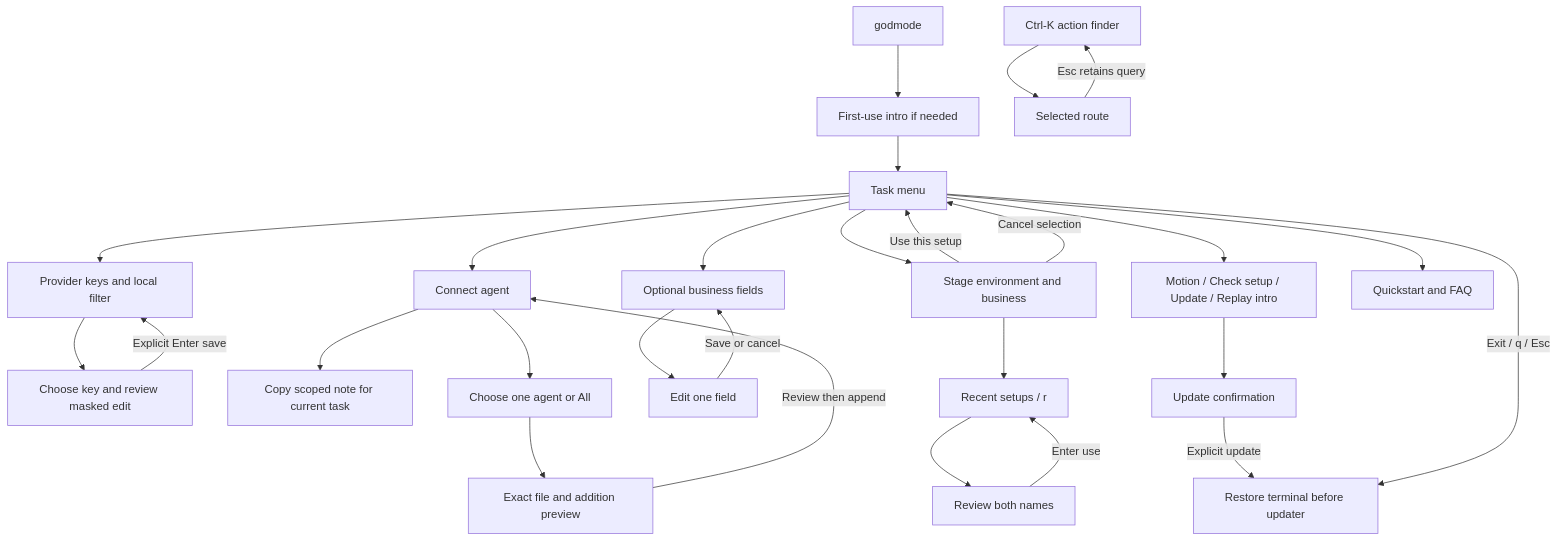
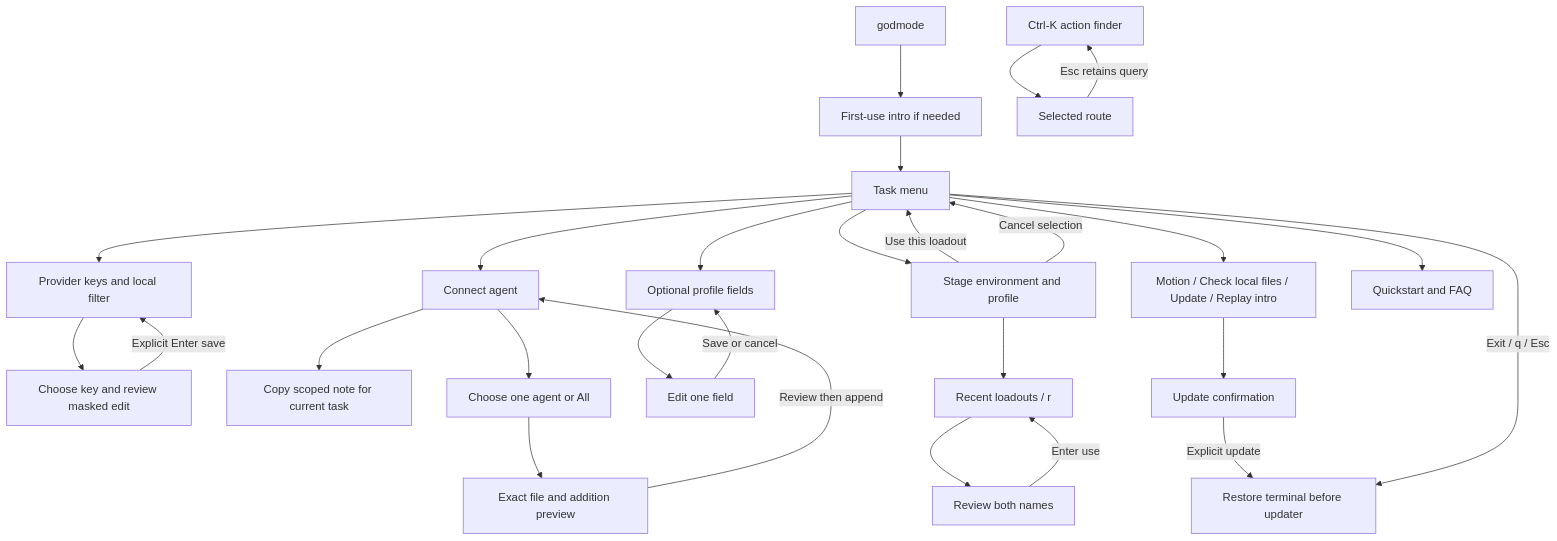
Before and after one commit to lofimichael/godmode-cli: the second of 2 diagrams in docs/dev/CLI_EXPERIENCE.md, drawn with Mermaid. The commit also changed other lines of this file and 53 other files, not shown here.

````diff
--- a/docs/dev/CLI_EXPERIENCE.md
+++ b/docs/dev/CLI_EXPERIENCE.md
@@ -36,29 +34,29 @@
 ```mermaid
 flowchart TD
     Entry[godmode] --> Welcome[First-use intro if needed]
     Welcome --> Home[Task menu]
     Home --> Providers[Provider keys and local filter]
     Providers --> Input[Choose key and review masked edit]
     Input -->|Explicit Enter save| Providers
     Home --> Connect[Connect agent]
     Connect --> Copy[Copy scoped note for current task]
     Connect --> Target[Choose one agent or All]
     Target --> Diff[Exact file and addition preview]
     Diff -->|Review then append| Connect
-    Home --> Profile[Optional business fields]
+    Home --> Profile[Optional profile fields]
     Profile --> Field[Edit one field]
     Field -->|Save or cancel| Profile
-    Home --> Switch[Stage environment and business]
-    Switch -->|Use this setup| Home
+    Home --> Switch[Stage environment and profile]
+    Switch -->|Use this loadout| Home
     Switch -->|Cancel selection| Home
-    Switch --> Recent[Recent setups / r]
+    Switch --> Recent[Recent loadouts / r]
     Recent --> Pair[Review both names]
     Pair -->|Enter use| Recent
-    Home --> Settings[Motion / Check setup / Update / Replay intro]
+    Home --> Settings[Motion / Check local files / Update / Replay intro]
     Settings --> Confirm[Update confirmation]
     Confirm -->|Explicit update| Shell[Restore terminal before updater]
     Home --> Help[Quickstart and FAQ]
     Home -->|Exit / q / Esc| Shell
     Finder[Ctrl-K action finder] --> Destination[Selected route]
     Destination -->|Esc retains query| Finder
 ```
````
